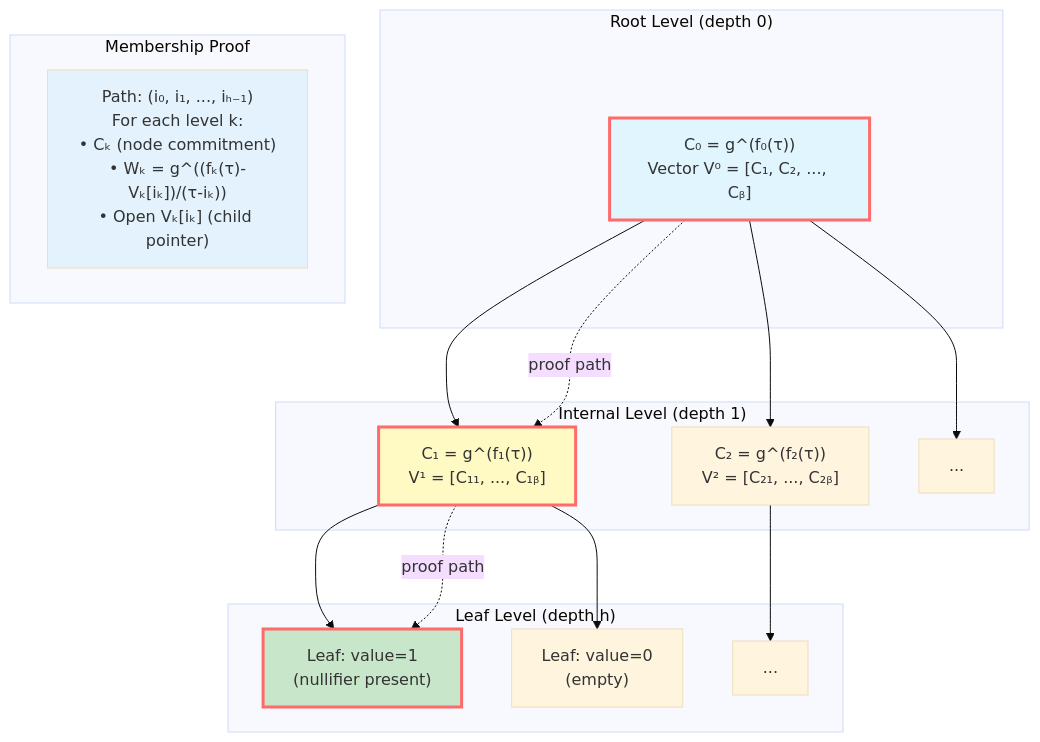
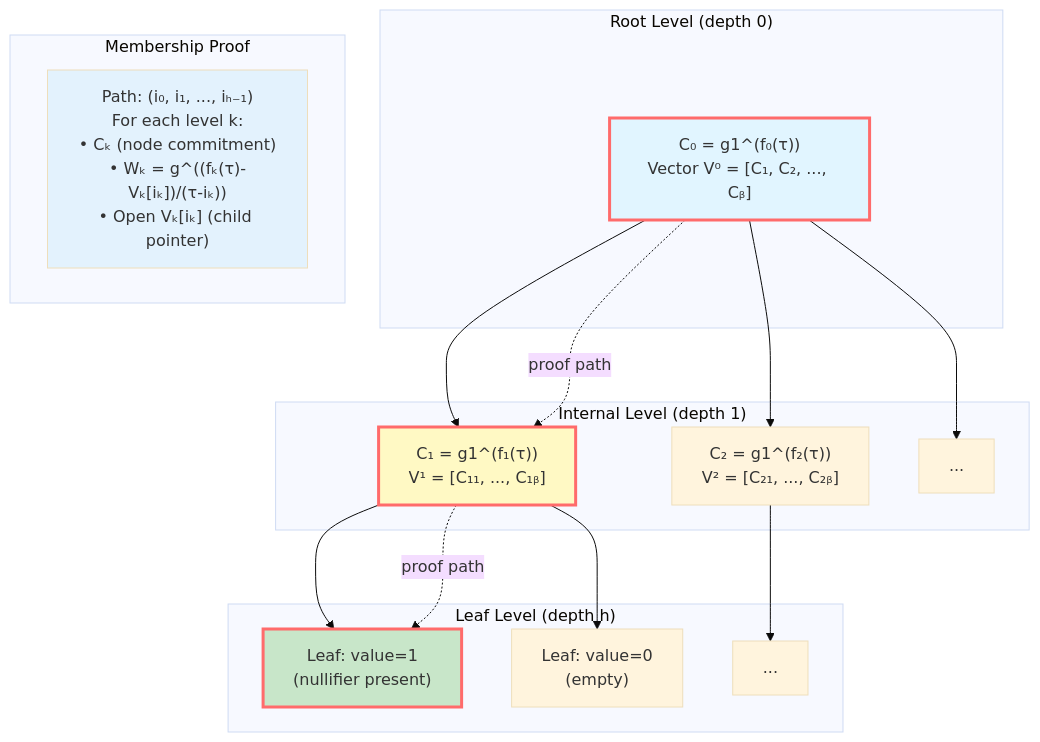
Before and after one commit to jordan-public/cryptographic-accumulators-nullifiers: the fourth of 8 diagrams in README.md, drawn with Mermaid (base theme). The commit also changed other lines of this file, not shown here.

````diff
--- a/README.md
+++ b/README.md
@@ -434,40 +434,40 @@
 ```mermaid
 graph TD
     subgraph Root["Root Level (depth 0)"]
-        R["C₀ = g^(f₀(τ))<br/>Vector V⁰ = [C₁, C₂, ..., Cᵦ]"]
+        R["C₀ = g1^(f₀(τ))<br/>Vector V⁰ = [C₁, C₂, ..., Cᵦ]"]
     end
     
     subgraph Level1["Internal Level (depth 1)"]
-        C1["C₁ = g^(f₁(τ))<br/>V¹ = [C₁₁, ..., C₁ᵦ]"]
-        C2["C₂ = g^(f₂(τ))<br/>V² = [C₂₁, ..., C₂ᵦ]"]
+        C1["C₁ = g1^(f₁(τ))<br/>V¹ = [C₁₁, ..., C₁ᵦ]"]
+        C2["C₂ = g1^(f₂(τ))<br/>V² = [C₂₁, ..., C₂ᵦ]"]
         Cdots["..."]
     end
     
     subgraph Leaves["Leaf Level (depth h)"]
         L1["Leaf: value=1<br/>(nullifier present)"]
         L2["Leaf: value=0<br/>(empty)"]
         L3["..."]
     end
     
     subgraph Proof["Membership Proof"]
         P["Path: (i₀, i₁, ..., iₕ₋₁)<br/>For each level k:<br/>• Cₖ (node commitment)<br/>• Wₖ = g^((fₖ(τ)-Vₖ[iₖ])/(τ-iₖ))<br/>• Open Vₖ[iₖ] (child pointer)"]
     end
     
     R --> C1
     R --> C2
     R --> Cdots
     C1 --> L1
     C1 --> L2
     C2 --> L3
     
     R -.proof path.-> C1
     C1 -.proof path.-> L1
     
     style R fill:#e1f5ff
     style C1 fill:#fff9c4
     style L1 fill:#c8e6c9
     style P fill:#e3f2fd
     
     classDef proofPath stroke:#ff6b6b,stroke-width:3px
     class R,C1,L1 proofPath
 ```
````
